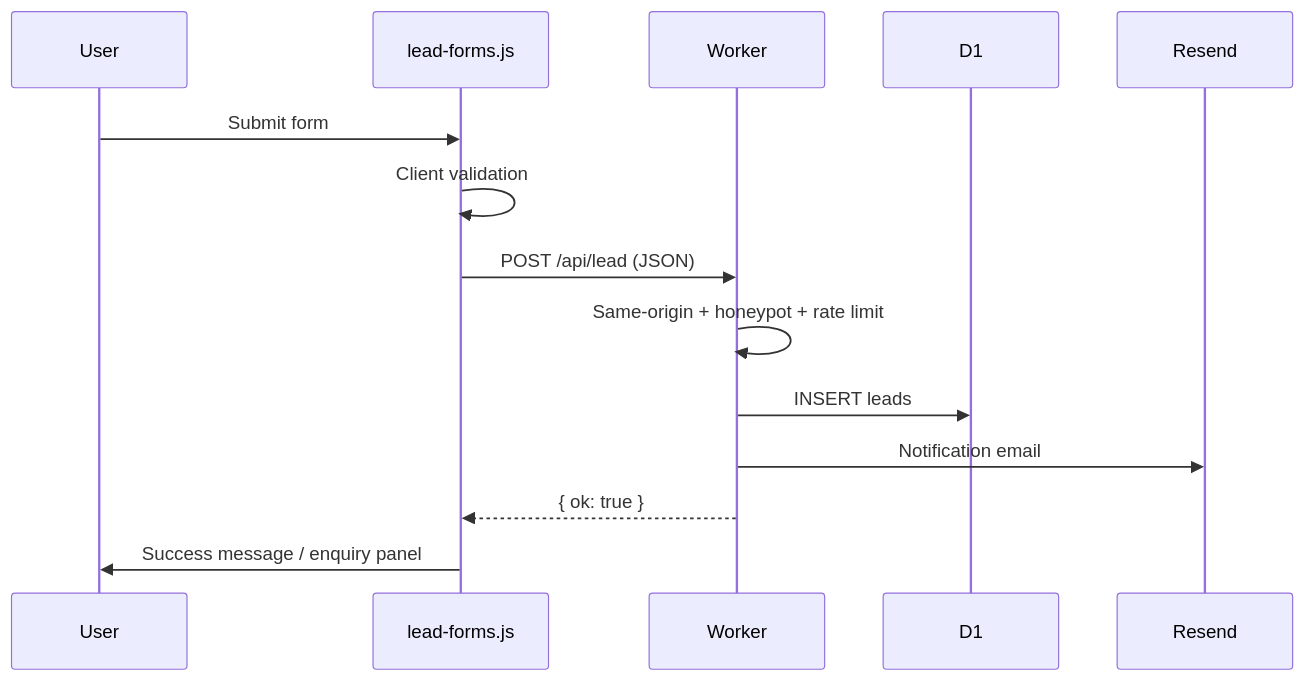
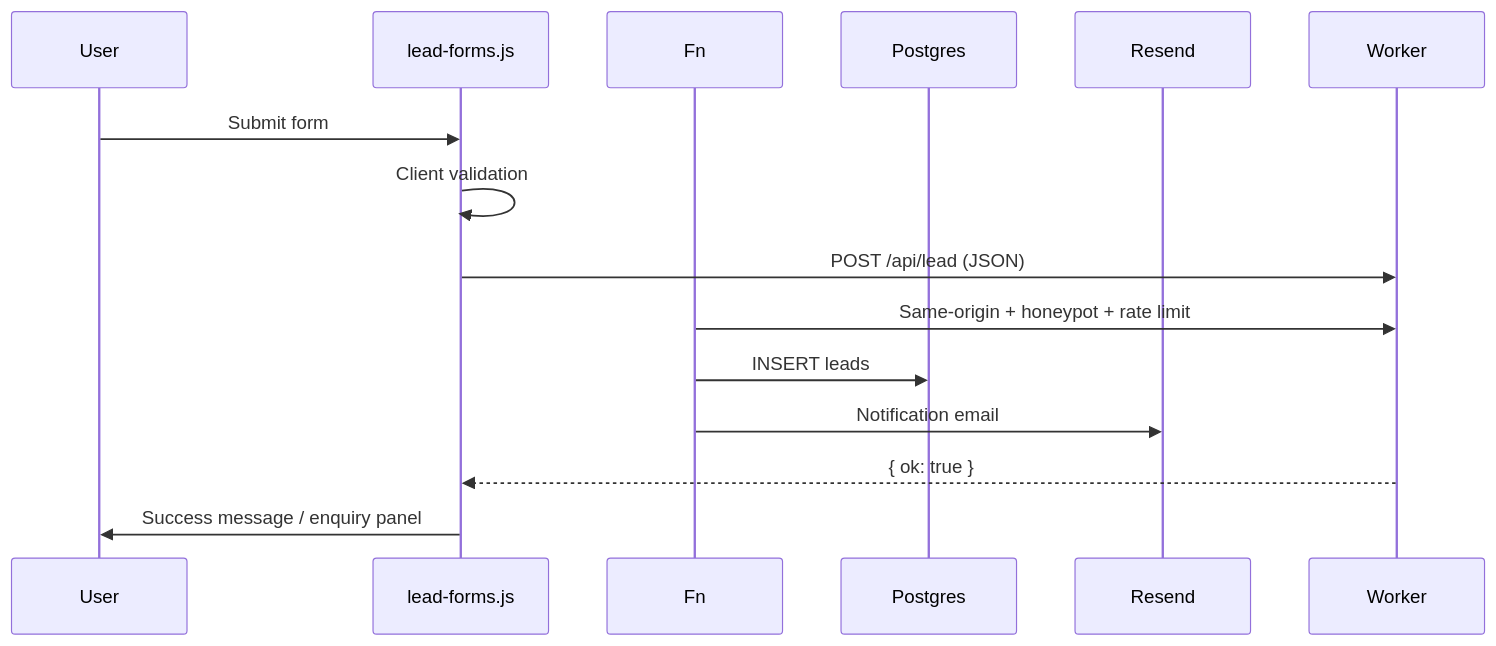
Before and after one commit to viraayaweddings/website: the diagram in docs/public-site/forms.md, drawn with Mermaid. The commit also changed other lines of this file and 41 other files, not shown here.

````diff
--- a/docs/public-site/forms.md
+++ b/docs/public-site/forms.md
@@ -13,17 +13,17 @@
 ```mermaid
 sequenceDiagram
   participant User
   participant lead-forms.js
-  participant Worker
-  participant D1
+  participant Fn
+  participant DB as Postgres
   participant Resend
 
   User->>lead-forms.js: Submit form
   lead-forms.js->>lead-forms.js: Client validation
   lead-forms.js->>Worker: POST /api/lead (JSON)
-  Worker->>Worker: Same-origin + honeypot + rate limit
-  Worker->>D1: INSERT leads
-  Worker->>Resend: Notification email
+  Fn->>Worker: Same-origin + honeypot + rate limit
+  Fn->>DB: INSERT leads
+  Fn->>Resend: Notification email
   Worker-->>lead-forms.js: { ok: true }
   lead-forms.js->>User: Success message / enquiry panel
 ```
````
